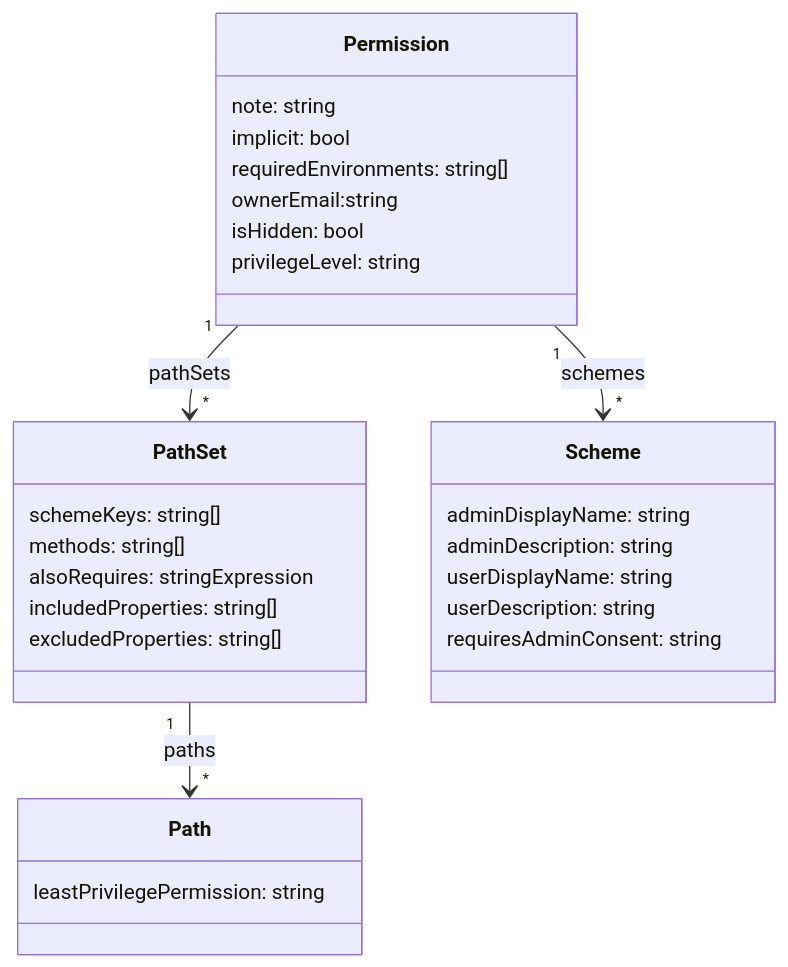
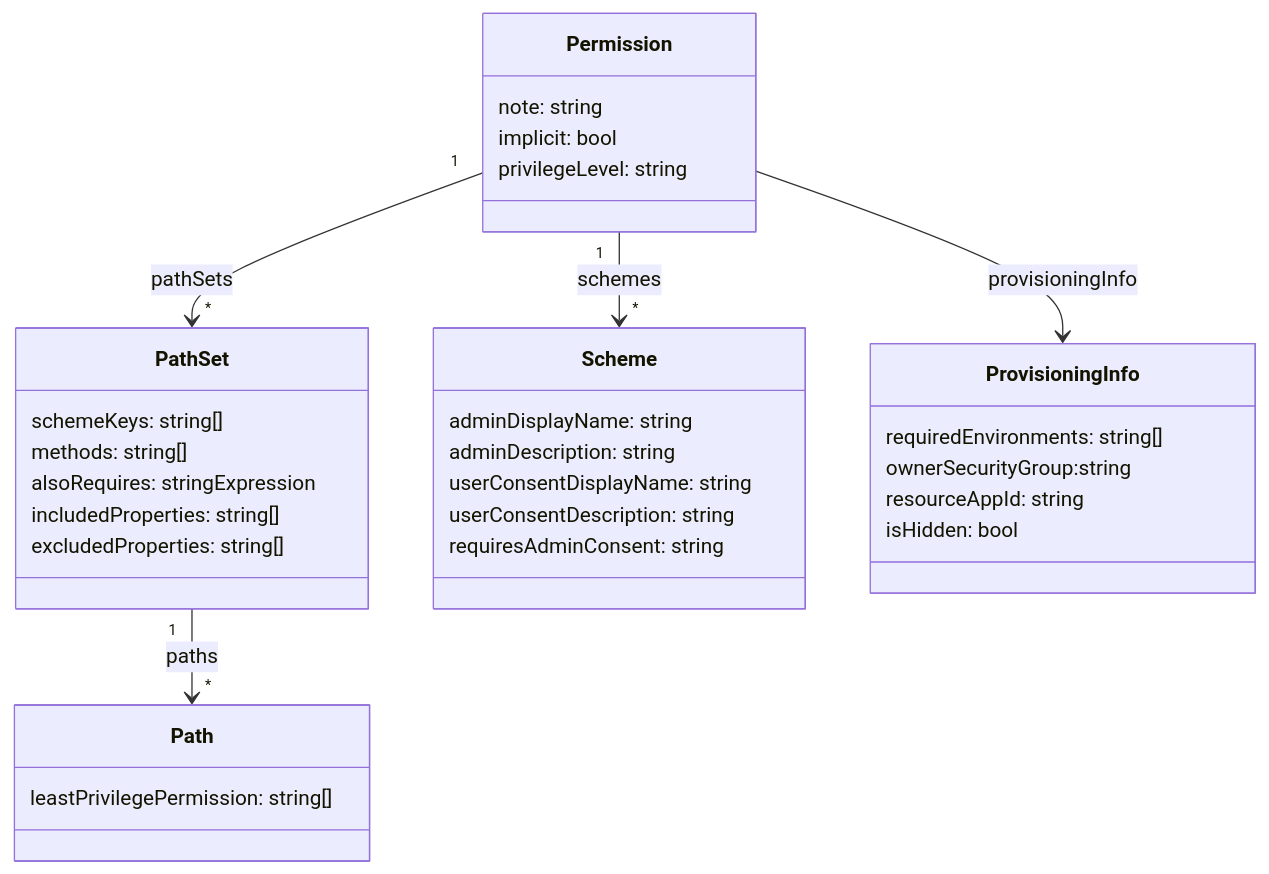
One commit to microsoftgraph/msgraph-metadata changed the diagram in specs/permissions.md. Above: the diagram before and after it, drawn with Mermaid. The commit also changed other lines of this file and 1 other file, not shown here.

Commit message:
Updated spec and schema

````diff
--- a/specs/permissions.md
+++ b/specs/permissions.md
@@ -182,36 +185,41 @@
 ```mermaid
 classDiagram
 
     class Permission{
         note: string
         implicit: bool
-        requiredEnvironments: string[]
-        ownerEmail:string
-        isHidden: bool
         privilegeLevel: string
     }
     Permission "1" --> "*" PathSet:pathSets
     Permission "1" --> "*" Scheme:schemes
+    Permission  -->  ProvisioningInfo:provisioningInfo
+
+    class ProvisioningInfo {
+        requiredEnvironments: string[]
+        ownerSecurityGroup:string
+        resourceAppId: string
+        isHidden: bool
+    }
 
     class PathSet{
         schemeKeys: string[]     
         methods: string[] 
         alsoRequires: stringExpression 
         includedProperties: string[]     
         excludedProperties: string[]     
     }
     PathSet "1" --> "*" Path:paths
 
     class Path{
-        leastPrivilegePermission: string
+        leastPrivilegePermission: string[]
     }
 
     class Scheme{
         adminDisplayName: string
         adminDescription: string
-        userDisplayName: string
-        userDescription: string
+        userConsentDisplayName: string
+        userConsentDescription: string
         requiresAdminConsent: string
     }
 
 ```
````
